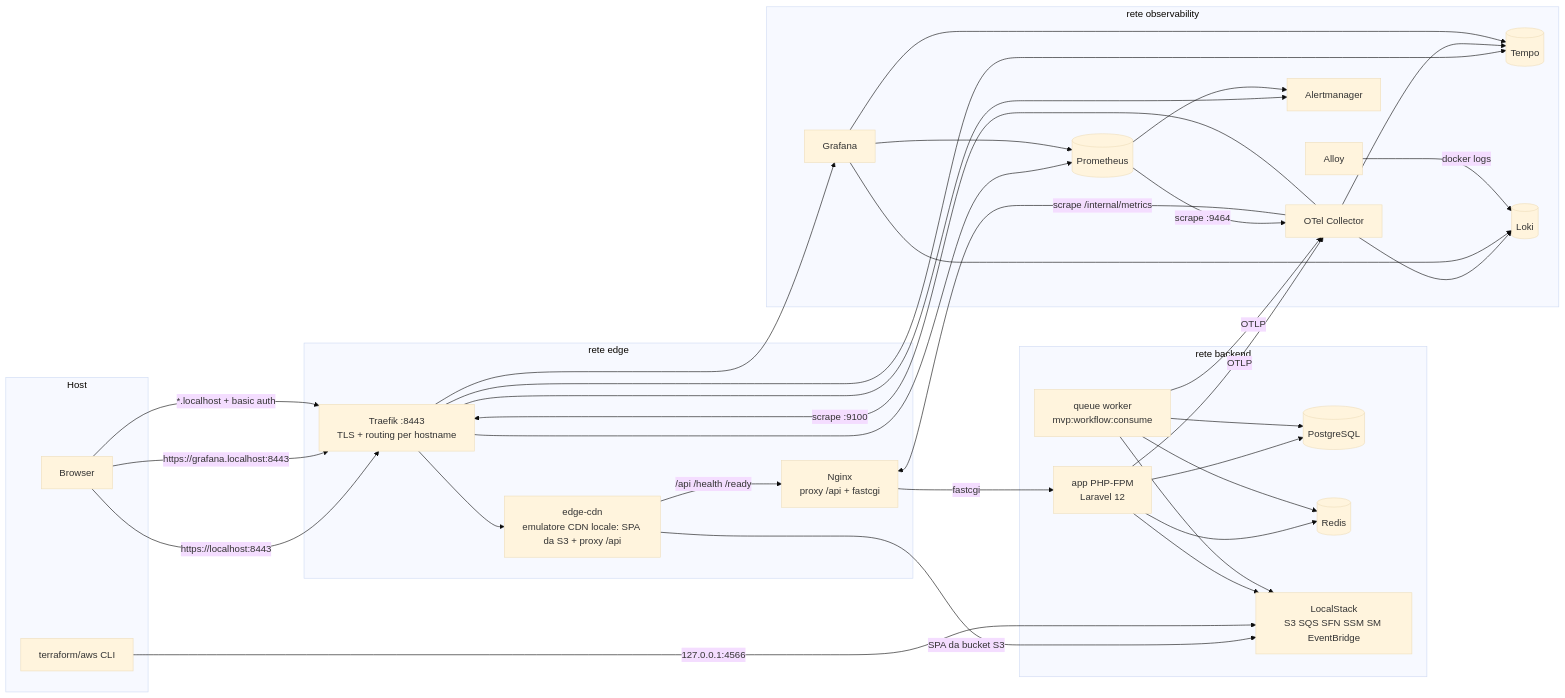
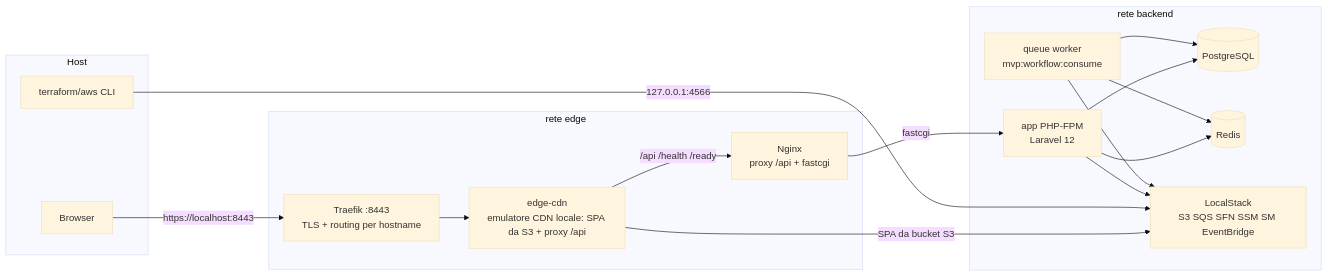
One commit to aLittleByte-19/MVP changed the first of 3 diagrams in docs/IMPLEMENTATION_OVERVIEW.md. Above: the diagram before and after it, drawn with Mermaid (base theme). The commit also changed other lines of this file and 20 other files, not shown here.

````diff
--- a/docs/IMPLEMENTATION_OVERVIEW.md
+++ b/docs/IMPLEMENTATION_OVERVIEW.md
@@ -59,43 +64,24 @@
 ```mermaid
 flowchart LR
     subgraph host[Host]
         B[Browser]
         TF[terraform/aws CLI]
     end
     subgraph edge[rete edge]
         T[Traefik :8443<br/>TLS + routing per hostname]
         FC[edge-cdn<br/>emulatore CDN locale: SPA da S3 + proxy /api]
         N[Nginx<br/>proxy /api + fastcgi]
     end
     subgraph backend[rete backend]
         A[app PHP-FPM<br/>Laravel 12]
         Q[queue worker<br/>mvp:workflow:consume]
         PG[(PostgreSQL)]
         R[(Redis)]
         LS[LocalStack<br/>S3 SQS SFN SSM SM EventBridge]
     end
-    subgraph obs[rete observability]
-        OC[OTel Collector]
-        P[(Prometheus)]
-        TE[(Tempo)]
-        LK[(Loki)]
-        AL[Alloy]
-        AM[Alertmanager]
-        G[Grafana]
-    end
     B -->|https://localhost:8443| T --> FC
     FC -->|SPA da bucket S3| LS
     FC -->|/api /health /ready| N -->|fastcgi| A
-    B -->|https://grafana.localhost:8443| T --> G
-    B -->|*.localhost + basic auth| T --> P & AM & TE
     TF -->|127.0.0.1:4566| LS
     A & Q --> PG & R & LS
-    A & Q -->|OTLP| OC
-    OC -->|scrape /internal/metrics| N
-    OC -->|scrape :9100| T
-    OC --> TE & LK
-    P -->|scrape :9464| OC
-    P --> AM
-    G --> P & TE & LK
-    AL -->|docker logs| LK
 ```
````
